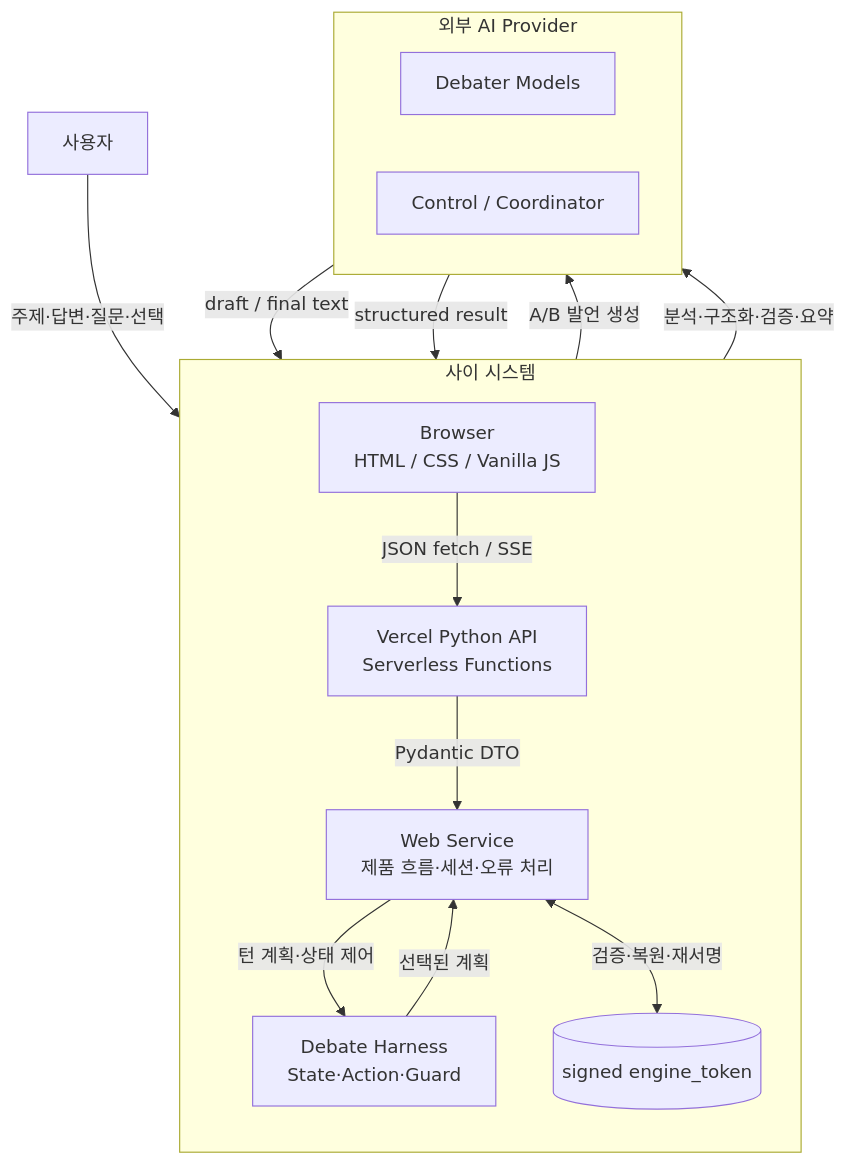
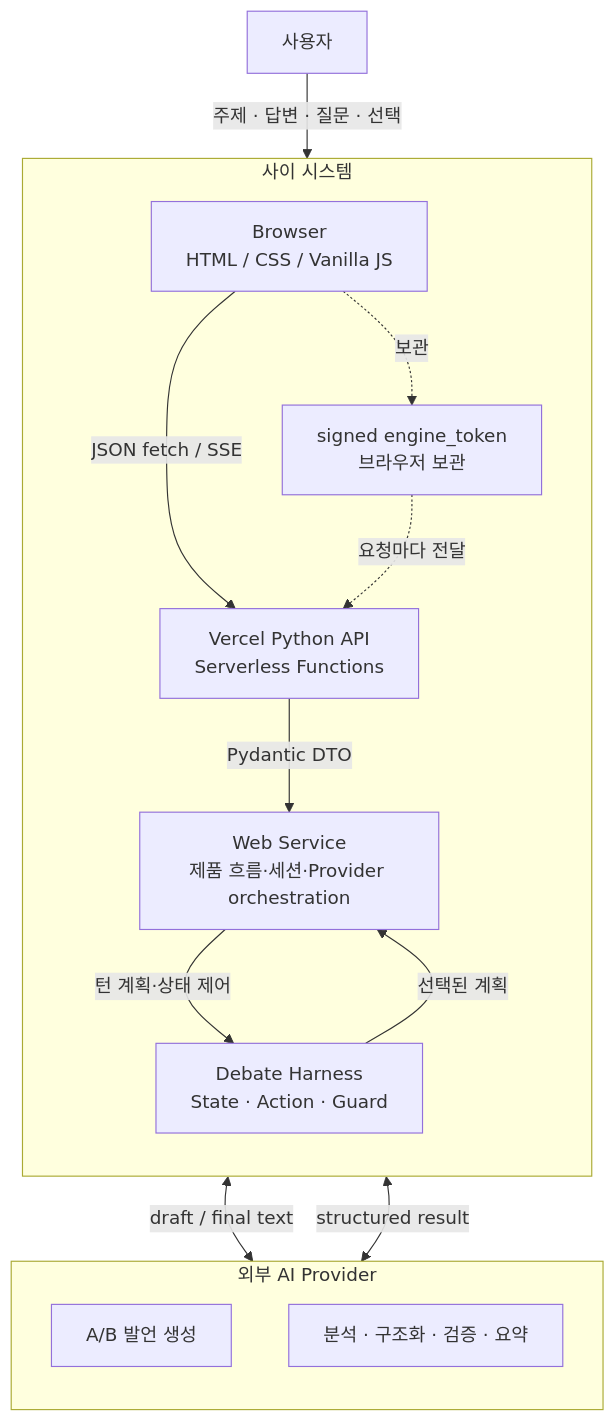
Before and after one commit to hodob/A1-3: the third of 11 diagrams in README.md, drawn with Mermaid.

Commit message:
Improve runtime diagram readability

````diff
--- a/README.md
+++ b/README.md
@@ -112,31 +112,32 @@
 ```mermaid
 flowchart TD
     U[사용자]
 
     subgraph SAI[사이 시스템]
         direction TB
+
         B[Browser<br/>HTML / CSS / Vanilla JS]
         API[Vercel Python API<br/>Serverless Functions]
-        W[Web Service<br/>제품 흐름·세션·오류 처리]
-        H[Debate Harness<br/>State·Action·Guard]
-        T[(signed engine_token)]
+        W[Web Service<br/>제품 흐름·세션·Provider orchestration]
+        H[Debate Harness<br/>State · Action · Guard]
 
         B -->|JSON fetch / SSE| API
         API -->|Pydantic DTO| W
         W -->|턴 계획·상태 제어| H
-        W <-->|검증·복원·재서명| T
         H -->|선택된 계획| W
+
+        T[signed engine_token<br/>브라우저 보관]
+        B -.->|보관| T
+        T -.->|요청마다 전달| API
     end
 
     subgraph EXT[외부 AI Provider]
-        direction LR
-        D[Debater Models]
-        C[Control / Coordinator]
+        direction TB
+        D[A/B 발언 생성]
+        C[분석 · 구조화 · 검증 · 요약]
     end
 
-    U -->|주제·답변·질문·선택| B
-    W -->|A/B 발언 생성| D
-    D -->|draft / final text| W
-    W -->|분석·구조화·검증·요약| C
-    C -->|structured result| W
+    U -->|주제 · 답변 · 질문 · 선택| B
+    W <-->|draft / final text| D
+    W <-->|structured result| C
 ```
````
